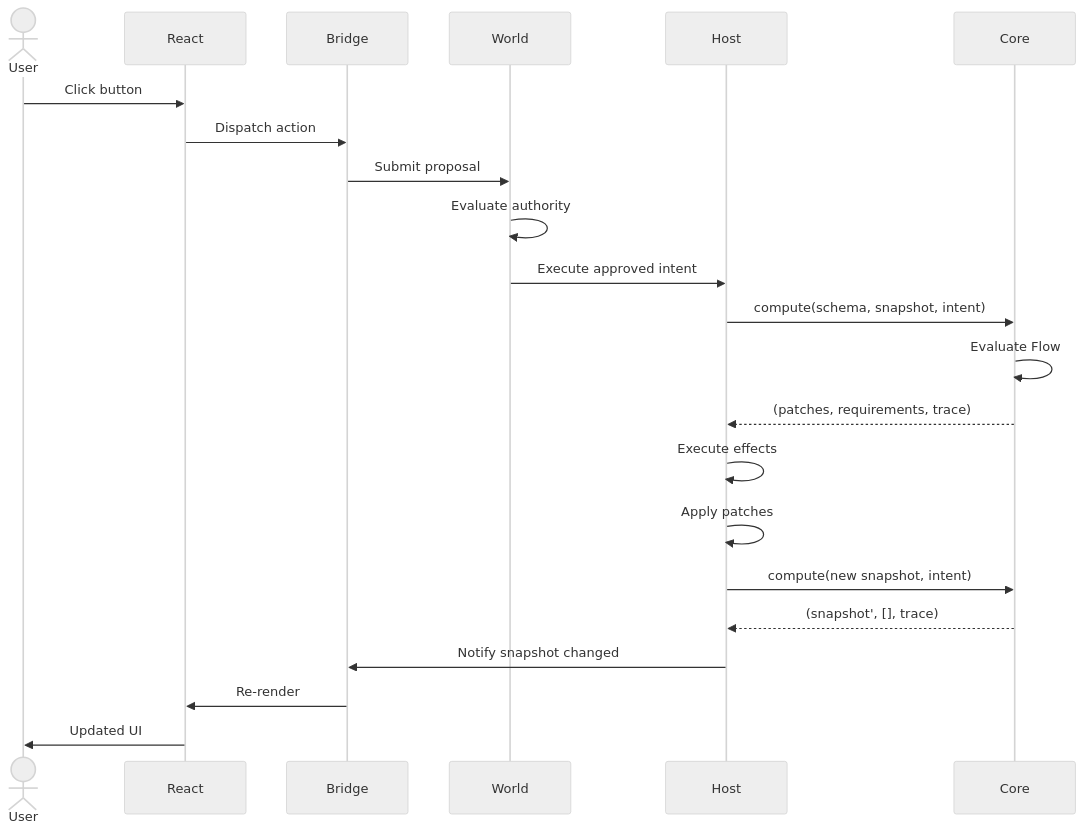
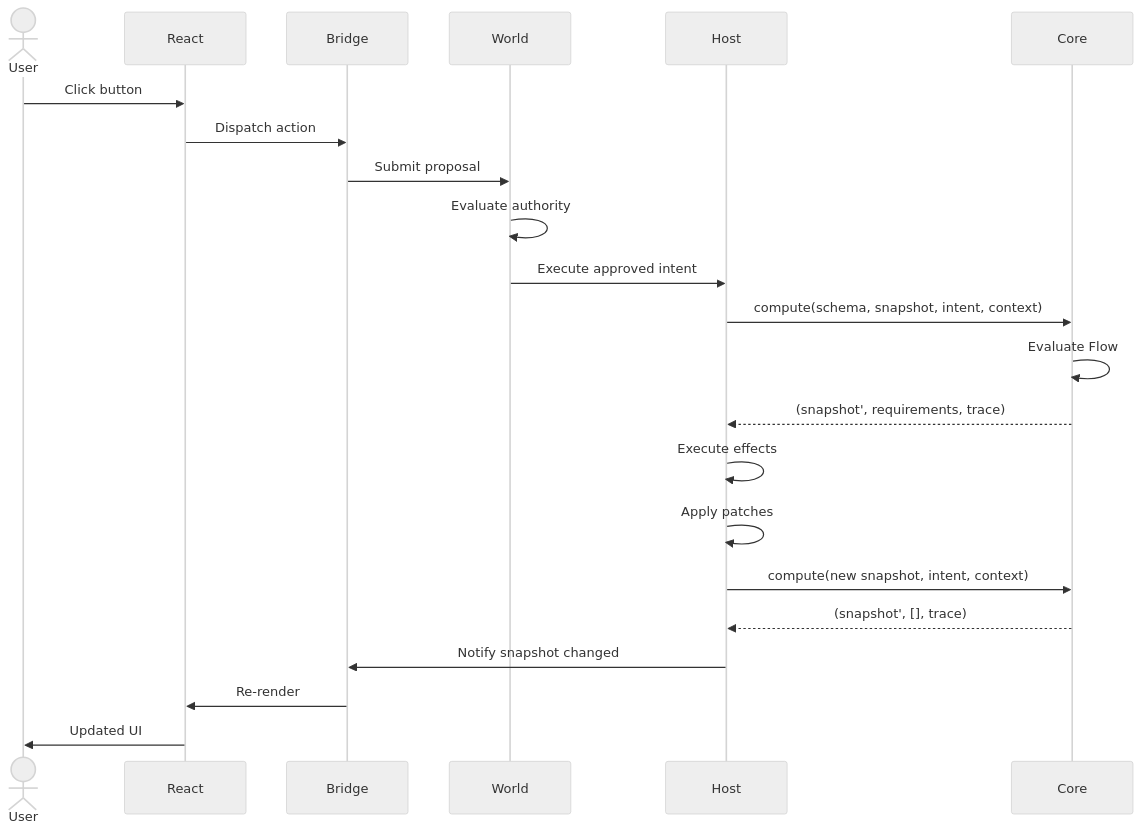
One commit to manifesto-ai/core changed the second of 2 diagrams in docs/index.md. Above: the diagram before and after it, drawn with Mermaid (neutral theme). The commit also changed other lines of this file and 29 other files, not shown here.

````diff
--- a/docs/index.md
+++ b/docs/index.md
@@ -298,25 +298,25 @@
 ```mermaid
 sequenceDiagram
     actor User
     participant React
     participant Bridge
     participant World
     participant Host
     participant Core
 
     User->>React: Click button
     React->>Bridge: Dispatch action
     Bridge->>World: Submit proposal
     World->>World: Evaluate authority
     World->>Host: Execute approved intent
-    Host->>Core: compute(schema, snapshot, intent)
+    Host->>Core: compute(schema, snapshot, intent, context)
     Core->>Core: Evaluate Flow
-    Core-->>Host: (patches, requirements, trace)
+    Core-->>Host: (snapshot', requirements, trace)
     Host->>Host: Execute effects
     Host->>Host: Apply patches
-    Host->>Core: compute(new snapshot, intent)
+    Host->>Core: compute(new snapshot, intent, context)
     Core-->>Host: (snapshot', [], trace)
     Host->>Bridge: Notify snapshot changed
     Bridge->>React: Re-render
     React->>User: Updated UI
 ```
````
